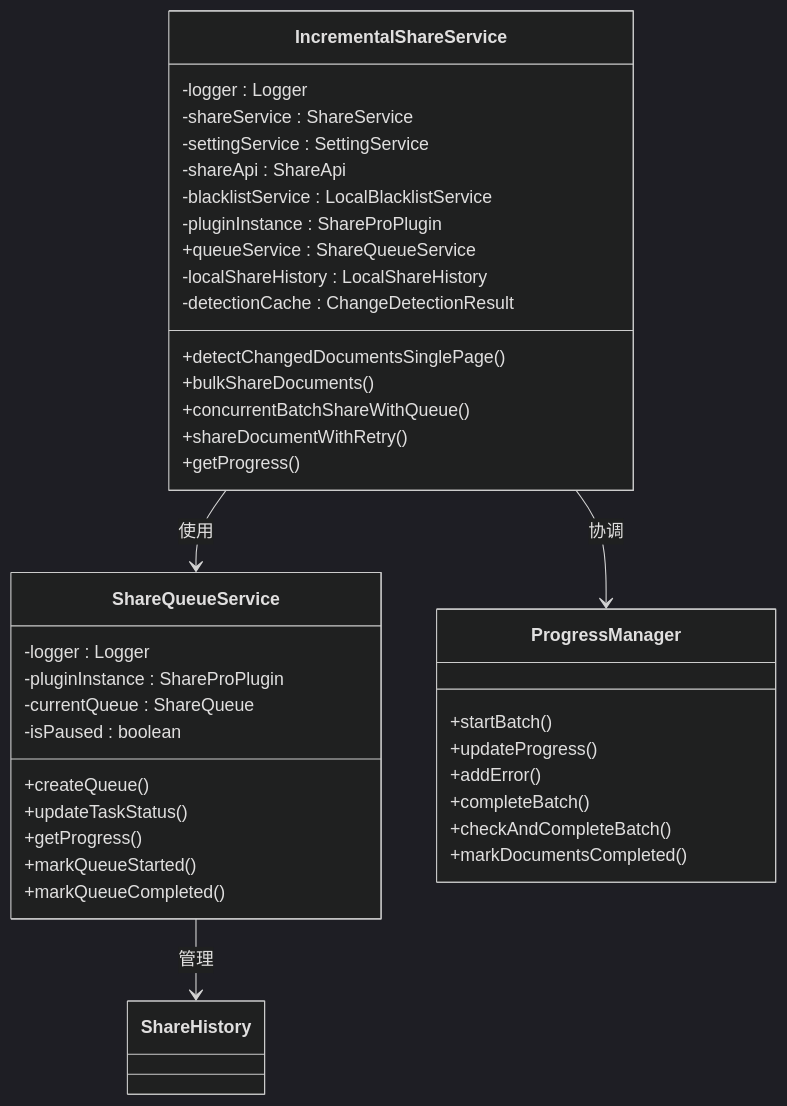
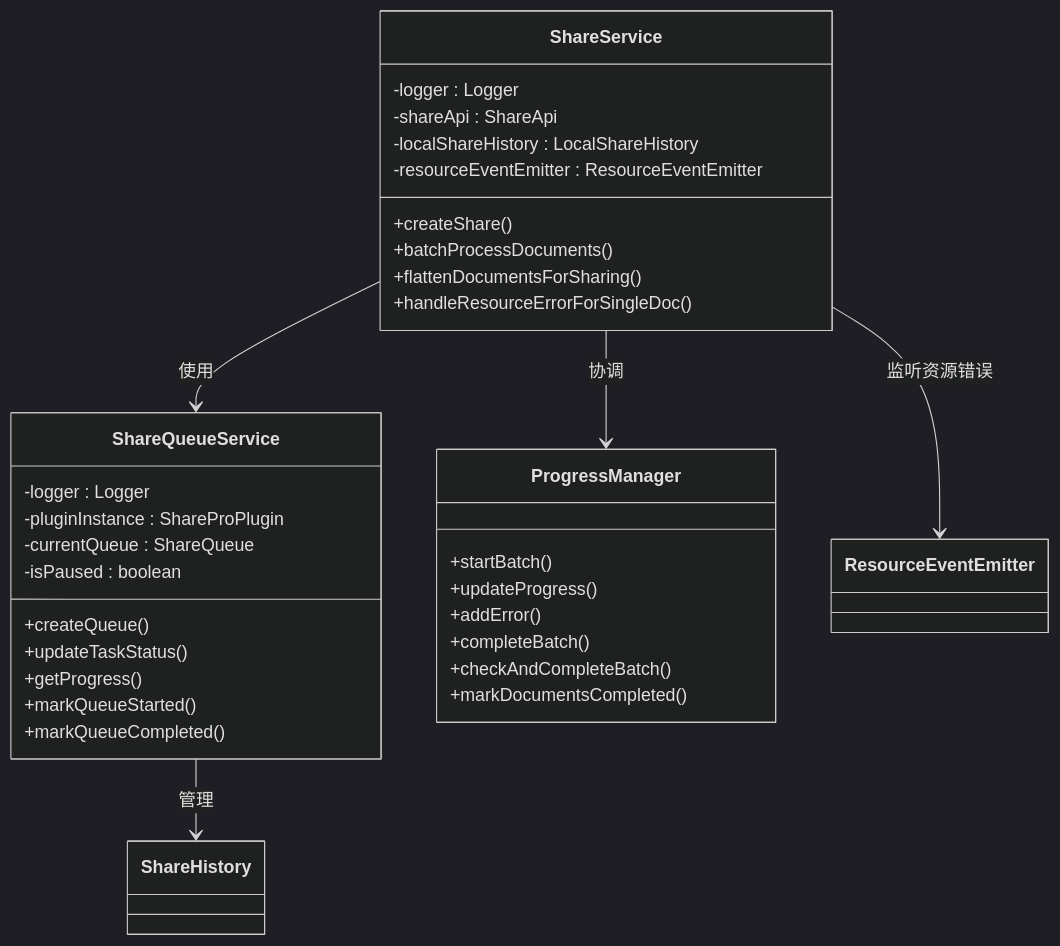
One commit to terwerinc/siyuan-plugin-share-pro changed the third of 10 diagrams in .qoder/repowiki/zh/content/Progress Management Enhancements.md. Above: the diagram before and after it, drawn with Mermaid (dark theme). The commit also changed other lines of this file and 5 other files, not shown here.

````diff
--- a/.qoder/repowiki/zh/content/Progress Management Enhancements.md
+++ b/.qoder/repowiki/zh/content/Progress Management Enhancements.md
@@ -222,41 +248,36 @@
 ```mermaid
 classDiagram
-class IncrementalShareService {
+class ShareService {
 -logger : Logger
--shareService : ShareService
--settingService : SettingService
 -shareApi : ShareApi
--blacklistService : LocalBlacklistService
--pluginInstance : ShareProPlugin
-+queueService : ShareQueueService
 -localShareHistory : LocalShareHistory
--detectionCache : ChangeDetectionResult
-+detectChangedDocumentsSinglePage()
-+bulkShareDocuments()
-+concurrentBatchShareWithQueue()
-+shareDocumentWithRetry()
-+getProgress()
+-resourceEventEmitter : ResourceEventEmitter
++createShare()
++batchProcessDocuments()
++flattenDocumentsForSharing()
++handleResourceErrorForSingleDoc()
 }
 class ShareQueueService {
 -logger : Logger
 -pluginInstance : ShareProPlugin
 -currentQueue : ShareQueue
 -isPaused : boolean
 +createQueue()
 +updateTaskStatus()
 +getProgress()
 +markQueueStarted()
 +markQueueCompleted()
 }
 class ProgressManager {
 +startBatch()
 +updateProgress()
 +addError()
 +completeBatch()
 +checkAndCompleteBatch()
 +markDocumentsCompleted()
 }
-IncrementalShareService --> ShareQueueService : 使用
-IncrementalShareService --> ProgressManager : 协调
+ShareService --> ShareQueueService : 使用
+ShareService --> ProgressManager : 协调
+ShareService --> ResourceEventEmitter : 监听资源错误
 ShareQueueService --> ShareHistory : 管理
 ```
````
